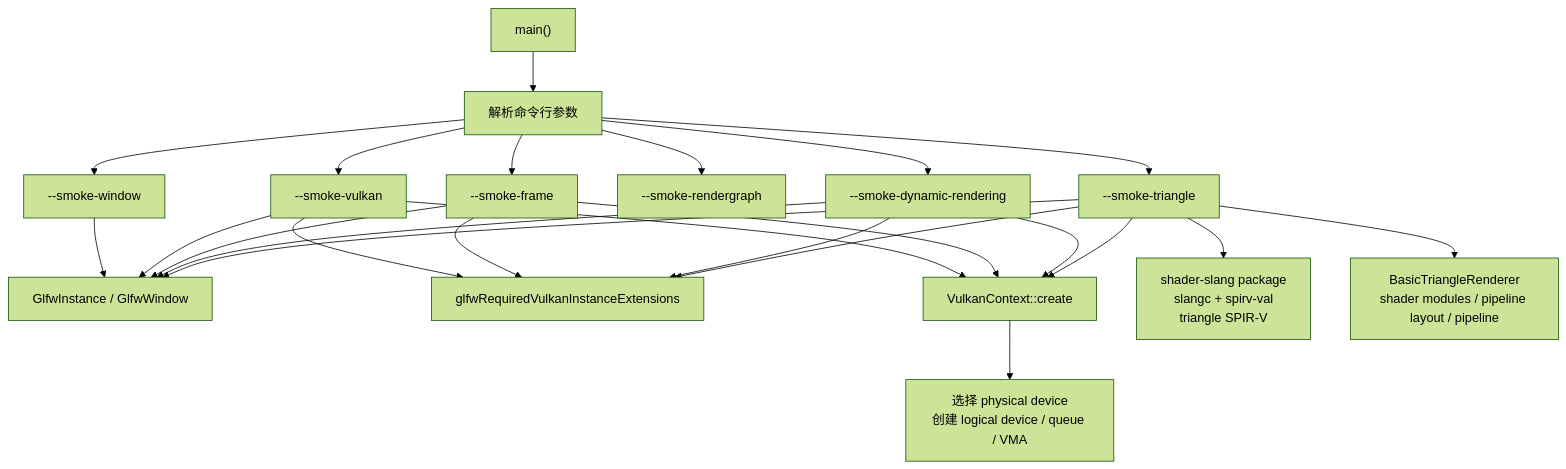
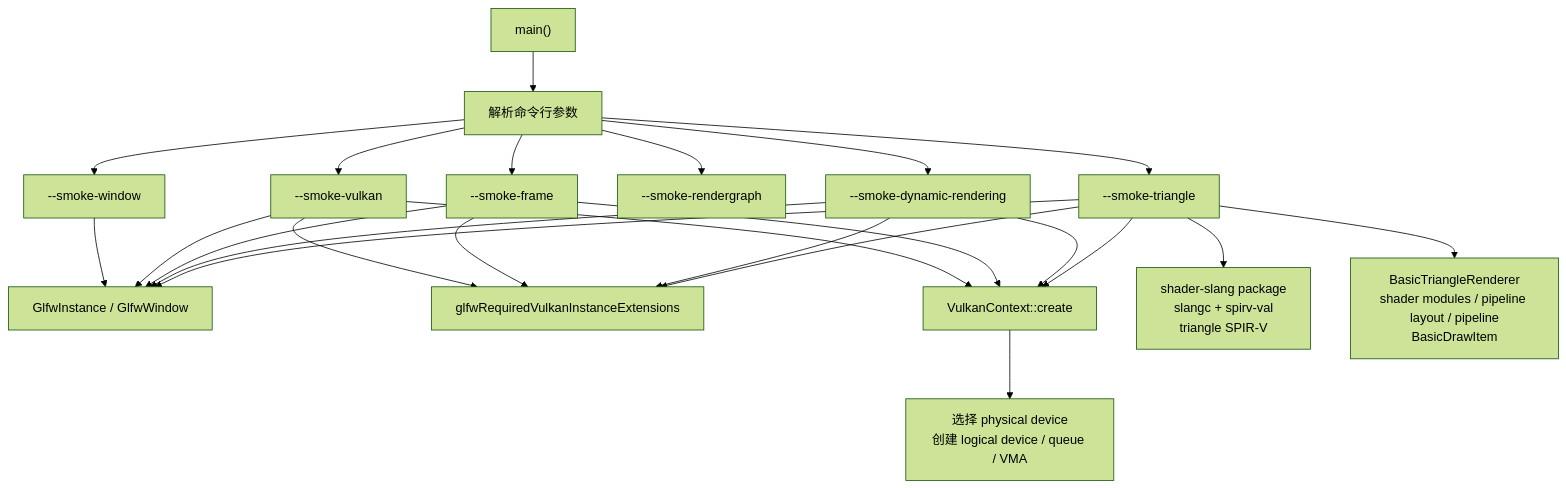
One commit to 66six11/Engine changed the second of 9 diagrams in docs/flow-architecture.md. Above: the diagram before and after it, drawn with Mermaid (forest theme). The commit also changed other lines of this file and 5 other files, not shown here.

Commit message:
Add basic draw item for triangle smoke

````diff
--- a/docs/flow-architecture.md
+++ b/docs/flow-architecture.md
@@ -58,41 +58,41 @@
 ```mermaid
 flowchart TD
     Start["main()"]
     Args["解析命令行参数"]
     WindowSmoke["--smoke-window"]
     VulkanSmoke["--smoke-vulkan"]
     FrameSmoke["--smoke-frame"]
     RGSmoke["--smoke-rendergraph"]
     DynamicSmoke["--smoke-dynamic-rendering"]
     TriangleSmoke["--smoke-triangle"]
     GLFW["GlfwInstance / GlfwWindow"]
     Ext["glfwRequiredVulkanInstanceExtensions"]
     Context["VulkanContext::create"]
     Device["选择 physical device<br/>创建 logical device / queue / VMA"]
     ShaderBuild["shader-slang package<br/>slangc + spirv-val<br/>triangle SPIR-V"]
-    RendererObject["BasicTriangleRenderer<br/>shader modules / pipeline layout / pipeline"]
+    RendererObject["BasicTriangleRenderer<br/>shader modules / pipeline layout / pipeline<br/>BasicDrawItem"]
 
     Start --> Args
     Args --> WindowSmoke
     Args --> VulkanSmoke
     Args --> FrameSmoke
     Args --> RGSmoke
     Args --> DynamicSmoke
     Args --> TriangleSmoke
     WindowSmoke --> GLFW
     VulkanSmoke --> GLFW
     VulkanSmoke --> Ext
     VulkanSmoke --> Context
     FrameSmoke --> GLFW
     FrameSmoke --> Ext
     FrameSmoke --> Context
     DynamicSmoke --> GLFW
     DynamicSmoke --> Ext
     DynamicSmoke --> Context
     TriangleSmoke --> GLFW
     TriangleSmoke --> Ext
     TriangleSmoke --> Context
     TriangleSmoke --> ShaderBuild
     TriangleSmoke --> RendererObject
     Context --> Device
 ```
````
